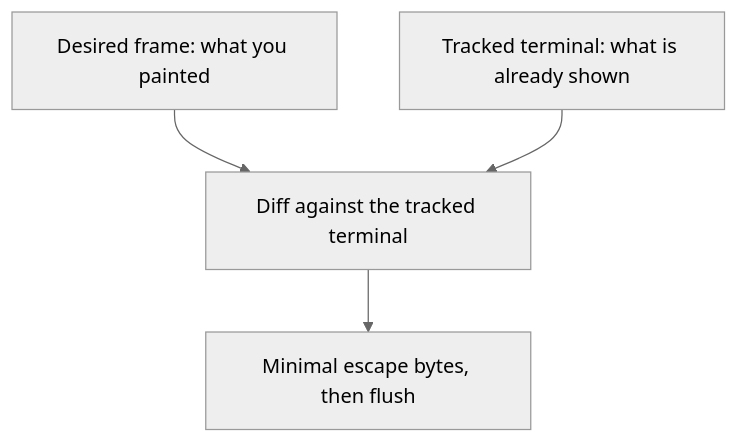
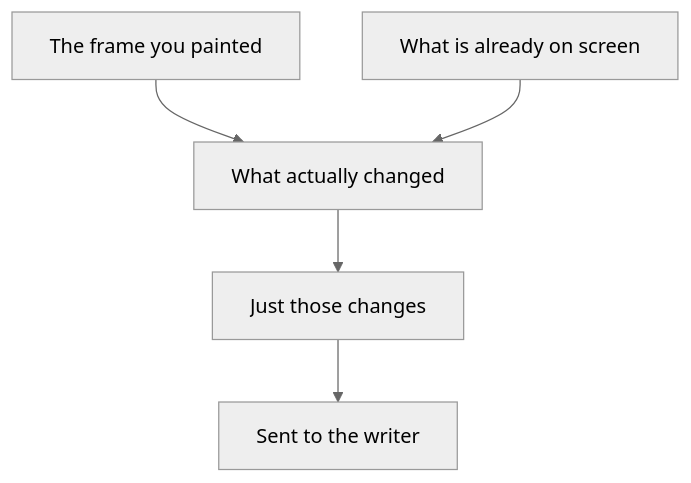
One commit to aymanbagabas/uncurses changed the second of 2 diagrams in website/content/docs/concepts/screen.md. Above: the diagram before and after it, drawn with Mermaid (neutral theme). The commit also changed other lines of this file and 30 other files, not shown here.

````diff
--- a/website/content/docs/concepts/screen.md
+++ b/website/content/docs/concepts/screen.md
@@ -87,6 +57,7 @@
 ```mermaid
 flowchart TB
-  desired["Desired frame: what you painted"] --> diff["Diff against the tracked terminal"]
-  tracked["Tracked terminal: what is already shown"] --> diff
-  diff --> bytes["Minimal escape bytes, then flush"]
+  desired["The frame you painted"] --> diff["What actually changed"]
+  tracked["What is already on screen"] --> diff
+  diff --> bytes["Just those changes"]
+  bytes --> writer["Sent to the writer"]
 ```
````
